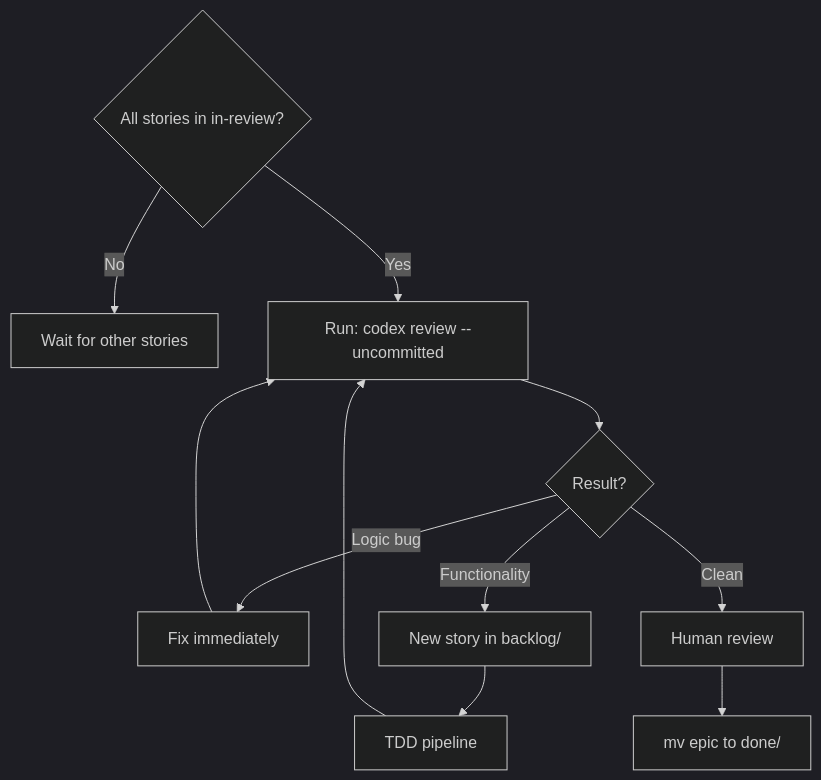
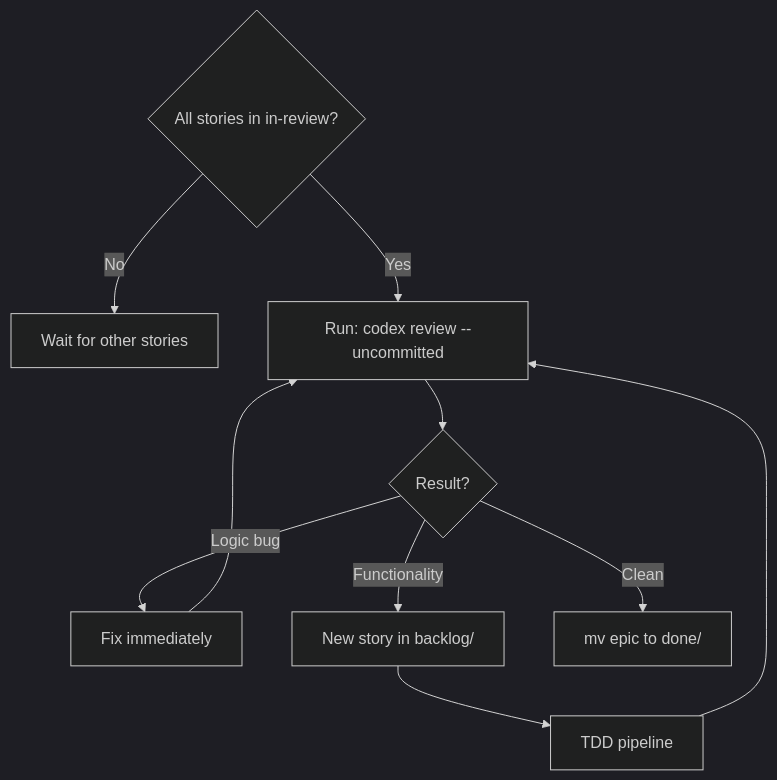
One commit to brysontang/domino changed the diagram in phases/in-review.md. Above: the diagram before and after it, drawn with Mermaid (dark theme). The commit also changed other lines of this file and 1 other file, not shown here.

First line of the commit message:
Remove human review gate, make Codex the final authority

````diff
--- a/phases/in-review.md
+++ b/phases/in-review.md
@@ -5,11 +5,10 @@
 ```mermaid
 flowchart TD
     Check{All stories in in-review?}
     Check -->|No| Wait[Wait for other stories]
     Check -->|Yes| Codex[Run: codex review --uncommitted]
     Codex --> Result{Result?}
     Result -->|Logic bug| Fix[Fix immediately] --> Codex
     Result -->|Functionality| Story[New story in backlog/] --> TDD[TDD pipeline] --> Codex
-    Result -->|Clean| Human[Human review]
-    Human --> Done[mv epic to done/]
+    Result -->|Clean| Done[mv epic to done/]
 ```
````
